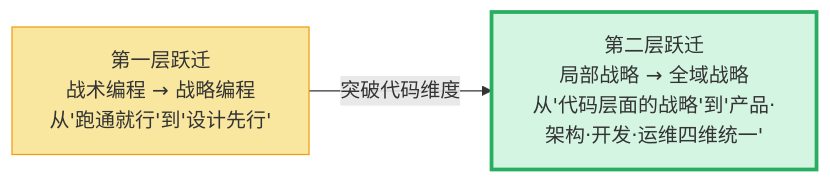
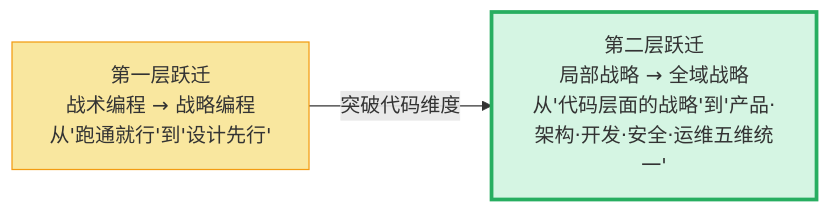
The first of 25 diagrams in content/开发学习/开发原理、套件/全域架构观：从产品定义到系统演进的决策闭环.md (BobcGn/BobcGn-Blogs), drawn with Mermaid before and after one commit. The commit also changed other lines of this file, not shown here.

````diff
--- a/content/开发学习/开发原理、套件/全域架构观：从产品定义到系统演进的决策闭环.md
+++ b/content/开发学习/开发原理、套件/全域架构观：从产品定义到系统演进的决策闭环.md
@@ -40,7 +40,7 @@
 ```mermaid
 flowchart LR
-    L1["第一层跃迁<br/>战术编程 → 战略编程<br/>从'跑通就行'到'设计先行'"] -->|突破代码维度| L2["第二层跃迁<br/>局部战略 → 全域战略<br/>从'代码层面的战略'到'产品·架构·开发·运维四维统一'"]
+    L1["第一层跃迁<br/>战术编程 → 战略编程<br/>从'跑通就行'到'设计先行'"] -->|突破代码维度| L2["第二层跃迁<br/>局部战略 → 全域战略<br/>从'代码层面的战略'到'产品·架构·开发·安全·运维五维统一'"]
 
     style L1 fill:#f9e79f,stroke:#f39c12
     style L2 fill:#d5f5e3,stroke:#27ae60,stroke-width:3px
 ```
````
